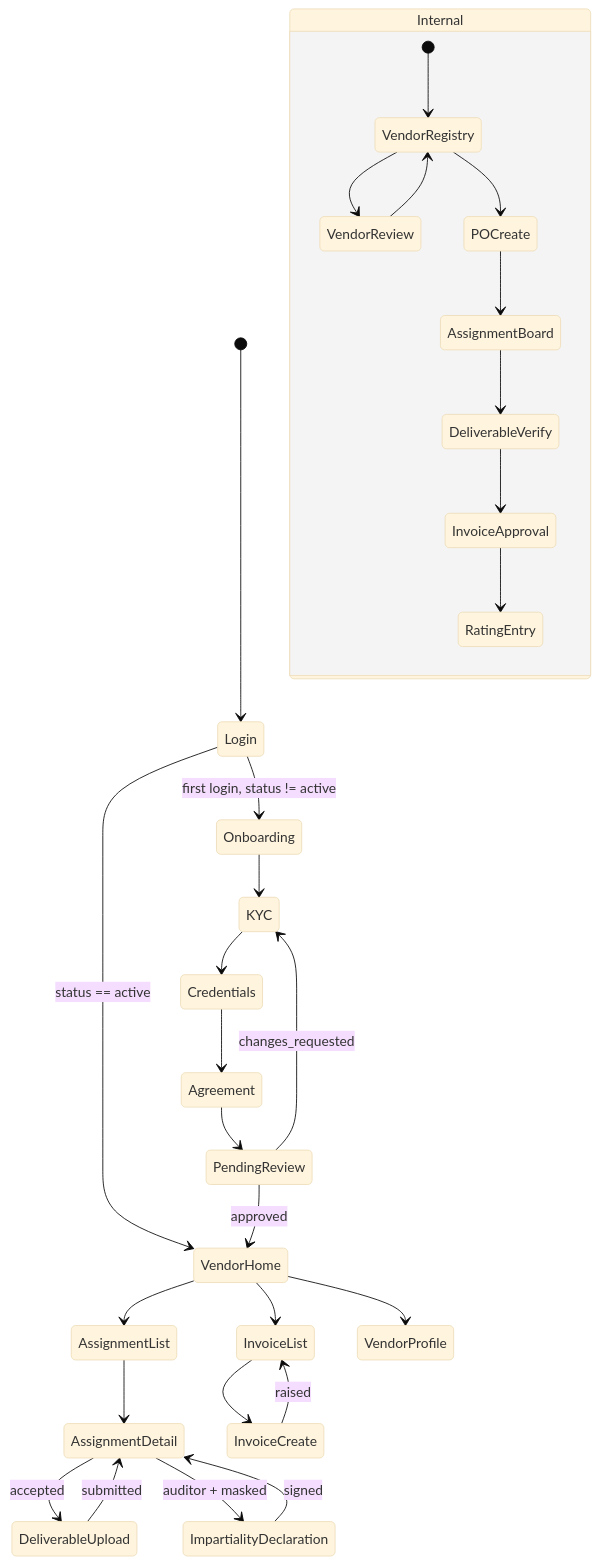
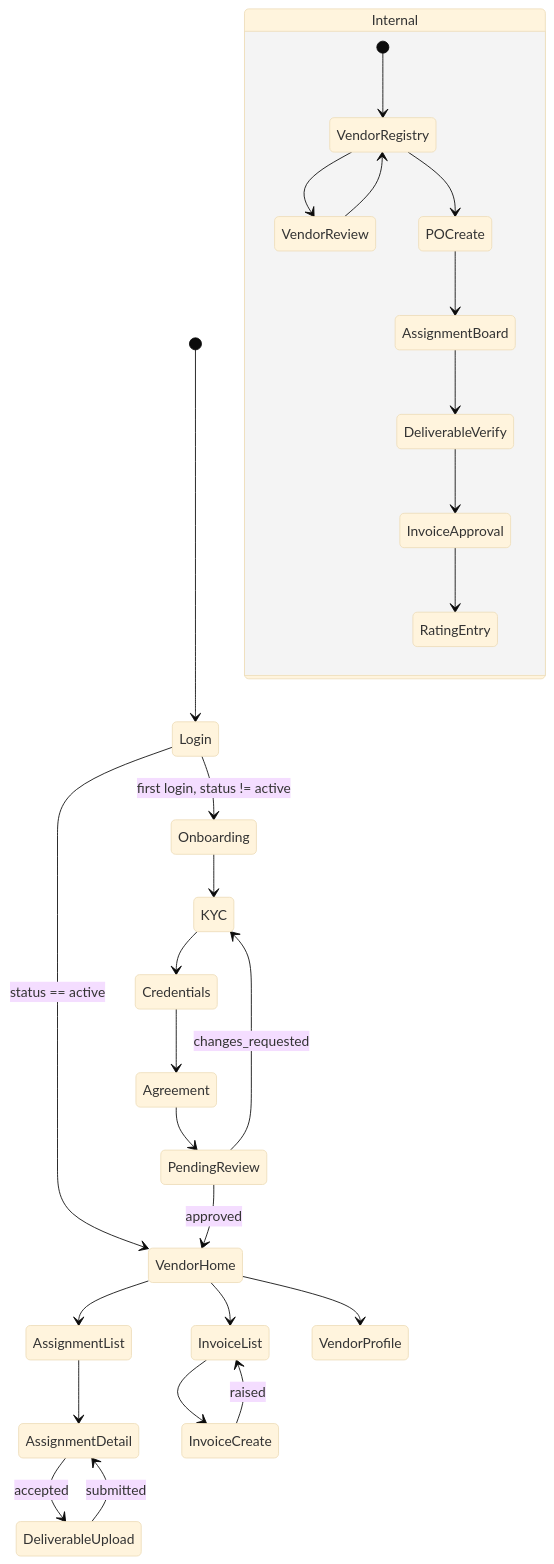
The second of 4 diagrams in docs/architecture/modules/vendor-portal.md (taruntps/tps-oms), drawn with Mermaid (base theme) before and after one commit. The commit also changed other lines of this file and 21 other files, not shown here.

````diff
--- a/docs/architecture/modules/vendor-portal.md
+++ b/docs/architecture/modules/vendor-portal.md
@@ -96,35 +91,33 @@
 ```mermaid
 stateDiagram-v2
   [*] --> Login
   Login --> Onboarding: first login, status != active
   Login --> VendorHome: status == active
 
   Onboarding --> KYC
   KYC --> Credentials
   Credentials --> Agreement
   Agreement --> PendingReview
   PendingReview --> VendorHome: approved
   PendingReview --> KYC: changes_requested
 
   VendorHome --> AssignmentList
   AssignmentList --> AssignmentDetail
   AssignmentDetail --> DeliverableUpload: accepted
-  AssignmentDetail --> ImpartialityDeclaration: auditor + masked
-  ImpartialityDeclaration --> AssignmentDetail: signed
   DeliverableUpload --> AssignmentDetail: submitted
   VendorHome --> InvoiceList
   InvoiceList --> InvoiceCreate
   InvoiceCreate --> InvoiceList: raised
   VendorHome --> VendorProfile
 
   state Internal {
     [*] --> VendorRegistry
     VendorRegistry --> VendorReview
     VendorReview --> VendorRegistry
     VendorRegistry --> POCreate
     POCreate --> AssignmentBoard
     AssignmentBoard --> DeliverableVerify
     DeliverableVerify --> InvoiceApproval
     InvoiceApproval --> RatingEntry
   }
 ```
````
